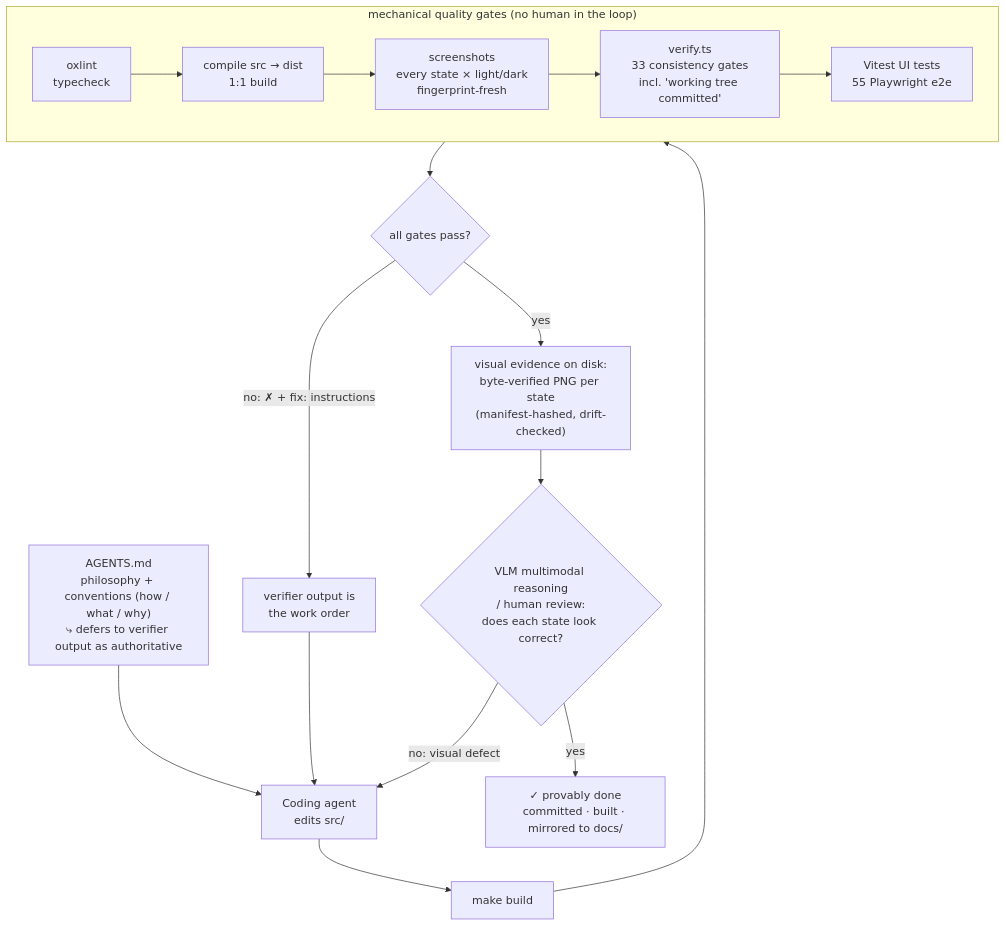
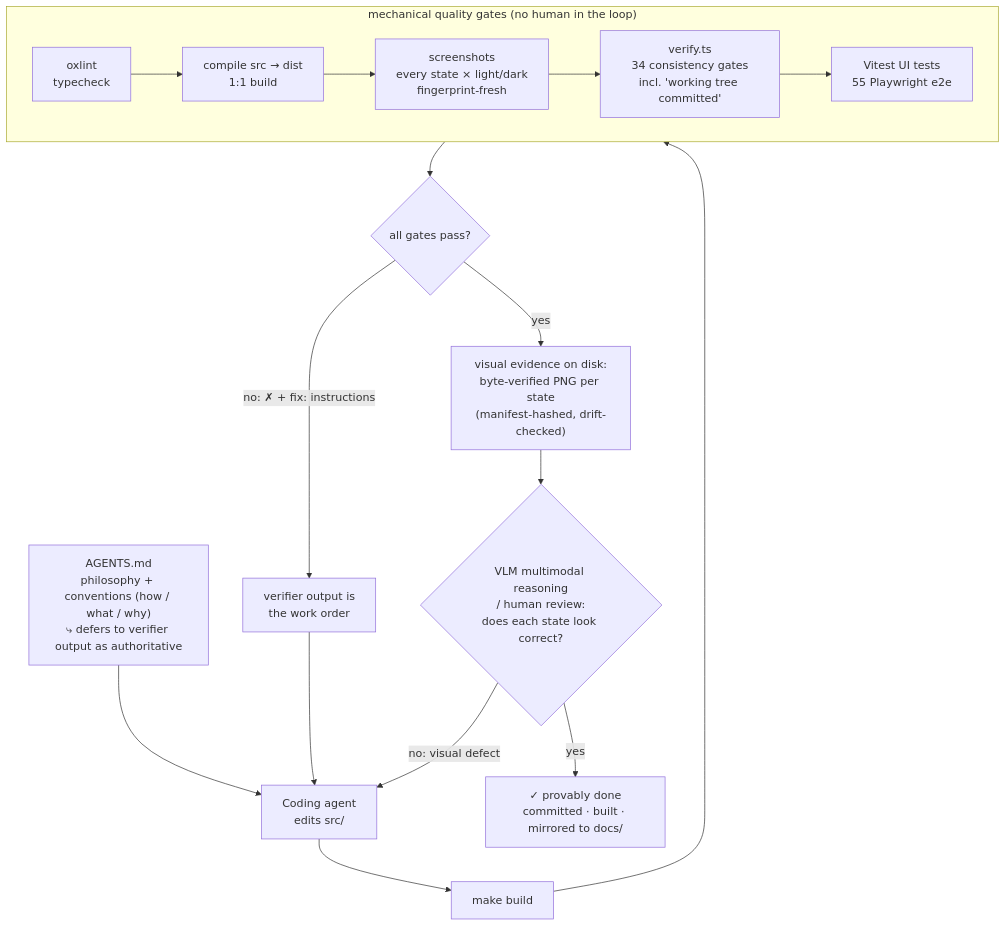
The diagram in ARCH.md (Mansi1/defuss-shadcn), drawn with Mermaid before and after one commit. The commit also changed other lines of this file and 38 other files, not shown here.

````diff
--- a/ARCH.md
+++ b/ARCH.md
@@ -88,19 +101,19 @@
 ```mermaid
 flowchart TD
     A["AGENTS.md<br/>philosophy + conventions (how / what / why)<br/>⤷ defers to verifier output as authoritative"] --> B["Coding agent<br/>edits src/"]
 
     B --> C["make build"]
     subgraph GATES["mechanical quality gates (no human in the loop)"]
         direction LR
-        L["oxlint<br/>typecheck"] --> P["compile src → dist<br/>1:1 build"] --> SS["screenshots<br/>every state × light/dark<br/>fingerprint-fresh"] --> V["verify.ts<br/>33 consistency gates<br/>incl. 'working tree committed'"] --> Q["Vitest UI tests<br/>55 Playwright e2e"]
+        L["oxlint<br/>typecheck"] --> P["compile src → dist<br/>1:1 build"] --> SS["screenshots<br/>every state × light/dark<br/>fingerprint-fresh"] --> V["verify.ts<br/>34 consistency gates<br/>incl. 'working tree committed'"] --> Q["Vitest UI tests<br/>55 Playwright e2e"]
     end
     C --> GATES
 
     Q --> W{"all gates pass?"}
     W -- "no: ✗ + fix: instructions" --> X["verifier output is<br/>the work order"] --> B
 
     W -- "yes" --> E["visual evidence on disk:<br/>byte-verified PNG per state<br/>(manifest-hashed, drift-checked)"]
     E --> M{"VLM multimodal reasoning<br/>/ human review:<br/>does each state look correct?"}
     M -- "no: visual defect" --> B
     M -- yes --> G["✓ provably done<br/>committed · built · mirrored to docs/"]
 ```
````
